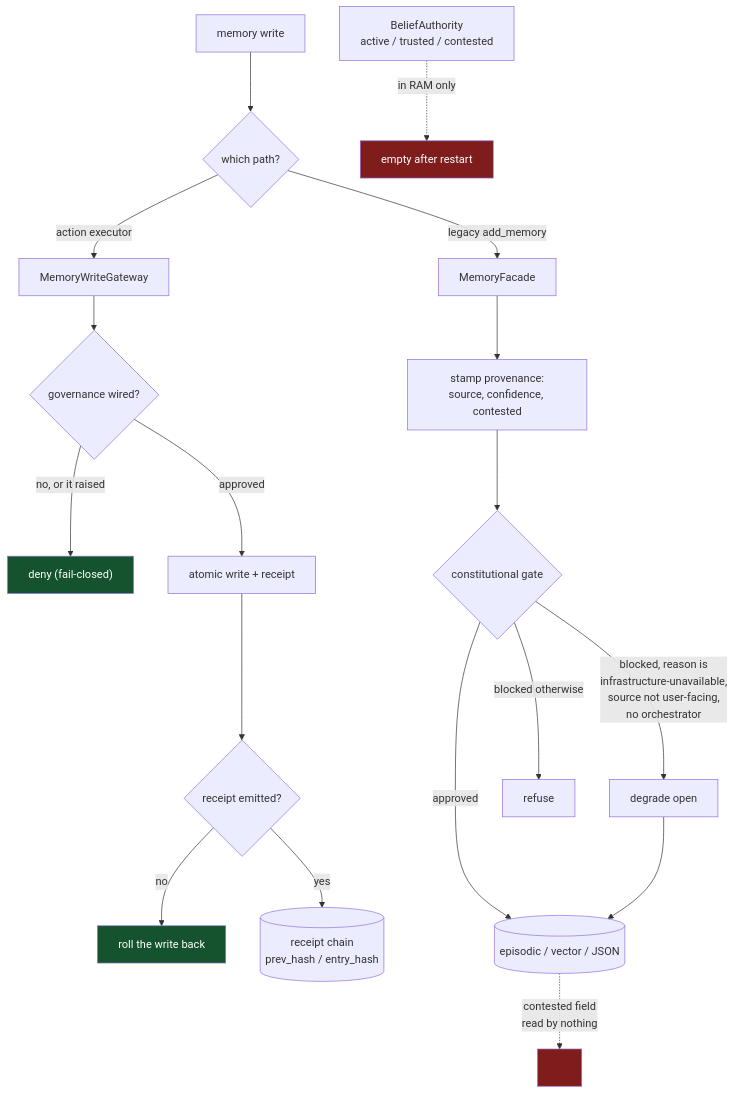
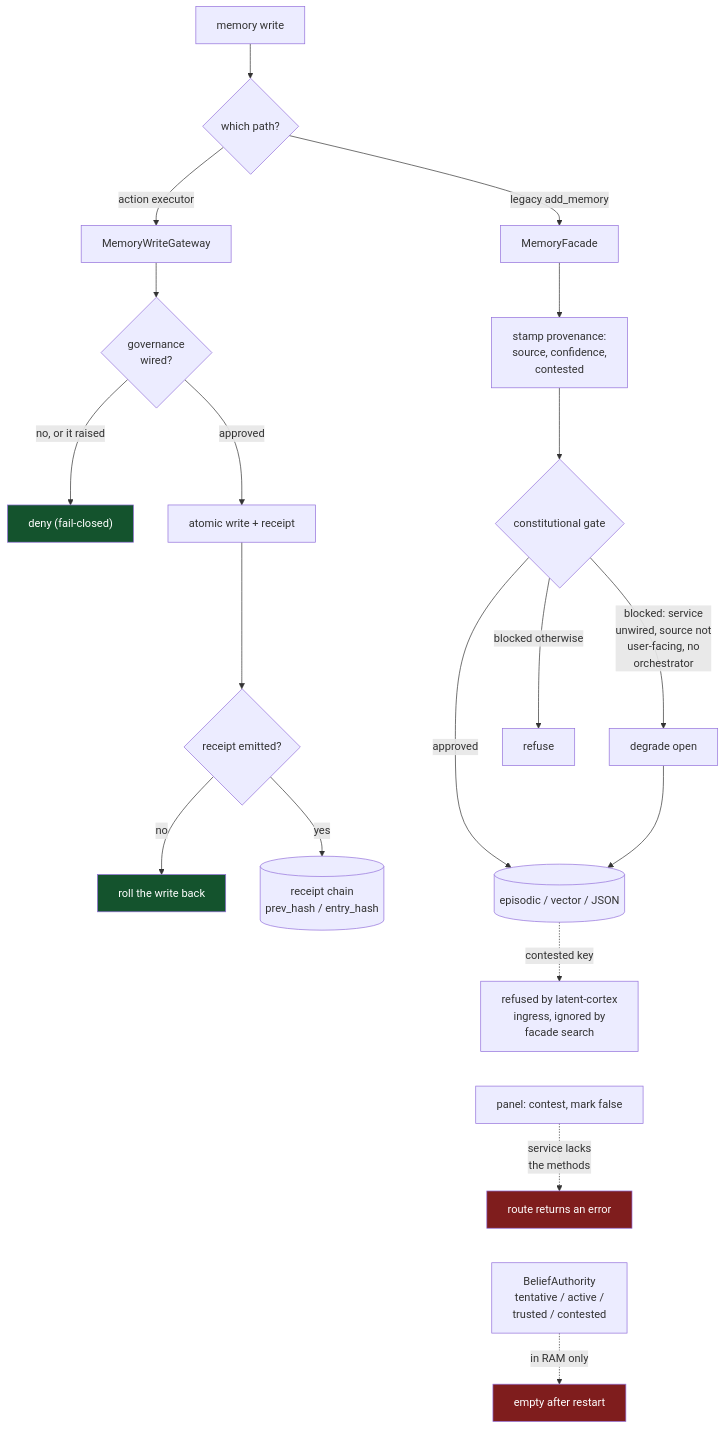
One commit to neoneye/agent-memory-atlas changed the diagram in content/systems/aura.md. Above: the diagram before and after it, drawn with Mermaid. The commit also changed other lines of this file and 21 other files, not shown here.

Commit message:
Aura re-read at 19cf16e: negative_eval added; the persisted contested key has a reader at the latent-cortex ingress, repetition no longer promotes to trusted, reconcile has a caller, and the operator panel's contest and mark-false verbs resolve a service without those methods

````diff
--- a/content/systems/aura.md
+++ b/content/systems/aura.md
@@ -182,25 +244,28 @@
 ```mermaid
-%% caption: two write paths with opposite failure modes — the gateway denies when governance is unwired, the legacy facade degrades open — and two fields that reach the store and are read by nothing
+%% caption: two write paths with opposite failure modes — the gateway denies when governance is unwired, the legacy facade degrades open — a contested key one ingress refuses, and an operator control that does not land
 flowchart TD
     W["memory write"] --> P{"which path?"}
     P -->|"action executor"| GW["MemoryWriteGateway"]
     P -->|"legacy add_memory"| FA["MemoryFacade"]
-    GW --> G1{"governance wired?"}
+    GW --> G1{"governance<br/>wired?"}
     G1 -->|"no, or it raised"| DENY["deny (fail-closed)"]
     G1 -->|"approved"| AW["atomic write + receipt"]
     AW --> RC{"receipt emitted?"}
     RC -->|"no"| RB["roll the write back"]
     RC -->|"yes"| CH[("receipt chain<br/>prev_hash / entry_hash")]
-    FA --> PROV["stamp provenance:<br/>source, confidence, contested"]
+    FA --> PROV["stamp provenance:<br/>source, confidence,<br/>contested"]
     PROV --> CG{"constitutional gate"}
-    CG -->|"blocked, reason is<br/>infrastructure-unavailable,<br/>source not user-facing,<br/>no orchestrator"| OPEN["degrade open"]
+    CG -->|"blocked: service<br/>unwired, source not<br/>user-facing, no<br/>orchestrator"| OPEN["degrade open"]
     CG -->|"blocked otherwise"| STOP["refuse"]
     CG -->|"approved"| STORE[("episodic / vector / JSON")]
     OPEN --> STORE
-    STORE -.->|"contested field<br/>read by nothing"| X["&nbsp;"]
-    BA["BeliefAuthority<br/>active / trusted / contested"] -.->|"in RAM only"| GONE["empty after restart"]
+    STORE -.->|"contested key"| X["refused by latent-cortex<br/>ingress, ignored by<br/>facade search"]
+    X ~~~ UI["panel: contest, mark false"]
+    UI -.->|"service lacks<br/>the methods"| ERR["route returns an error"]
+    ERR ~~~ BA["BeliefAuthority<br/>tentative / active /<br/>trusted / contested"]
+    BA -.->|"in RAM only"| GONE["empty after restart"]
     style DENY fill:#14532d,color:#fff
     style RB fill:#14532d,color:#fff
     style GONE fill:#7f1d1d,color:#fff
-    style X fill:#7f1d1d,color:#fff
+    style ERR fill:#7f1d1d,color:#fff
 ```
````
